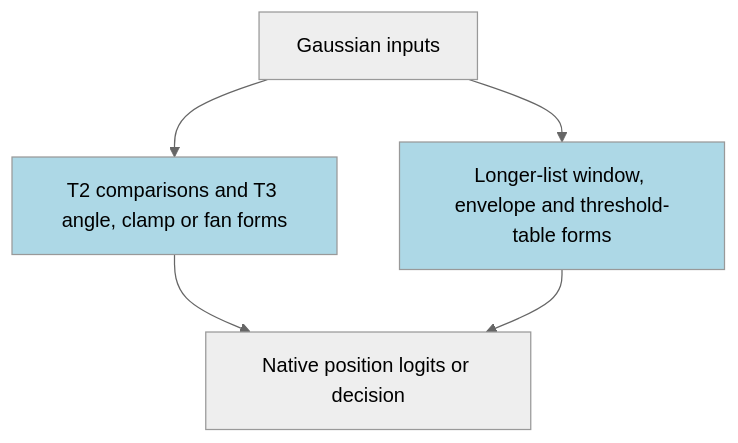
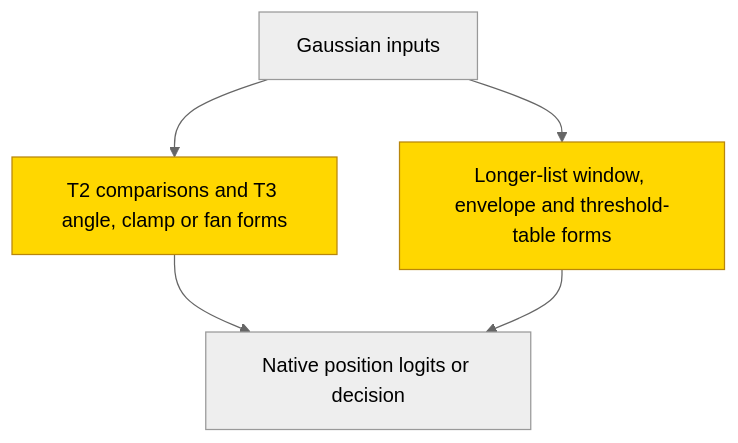
The second of 2 diagrams in entries/algzoo-2nd-argmax.md (jc1122/mechanistic-interpretability-circuit-atlas), drawn with Mermaid (neutral theme) before and after one commit. The commit also changed other lines of this file and 40 other files, not shown here.

First line of the commit message:
Cold-reader pass on all 41 entries: reading routes, first-screen scopes, accessible diagrams, verified headline sources (ux_reader1/2)

````diff
--- a/entries/algzoo-2nd-argmax.md
+++ b/entries/algzoo-2nd-argmax.md
@@ -104,9 +110,11 @@
 ```mermaid
 flowchart TD
+    accTitle: Families interpreted in frozen second-argmax networks
+    accDescr: Gaussian inputs feed short-list comparison, angle and clamp forms or longer-list window, envelope and threshold forms. The family nodes describe externally trained components. Status is partial: optimal-only and activation-level exceptions remain flagged, and sampled tests do not prove global recurrent identities.
     X["Gaussian inputs"] --> B["T2 comparisons and T3 angle, clamp or fan forms"]
     X --> L["Longer-list window, envelope and threshold-table forms"]
     B --> Y["Native position logits or decision"]
     L --> Y
-    classDef trained fill:lightblue
+    classDef trained fill:gold,stroke:darkgoldenrod,color:black
     class B,L trained
 ```
````
